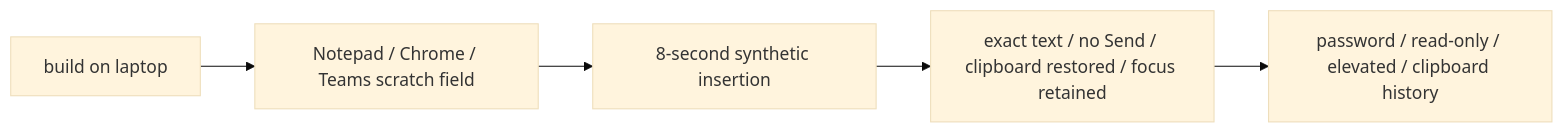
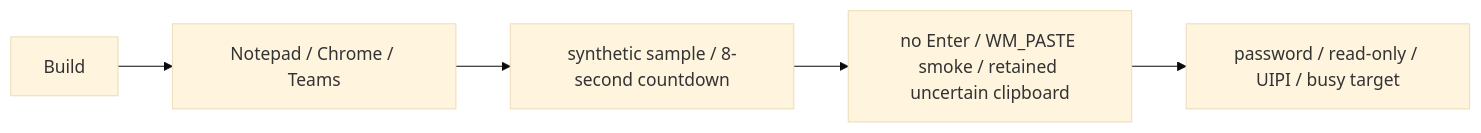
One commit to Harwasch/voiceremote changed the diagram in SW/desktop/crates/inject-windows/manual-test.md. Above: the diagram before and after it, drawn with Mermaid (base theme). The commit also changed other lines of this file and 27 other files, not shown here.

Commit message:
SW: fix Windows insertion failure reporting and paste safety

````diff
--- a/SW/desktop/crates/inject-windows/manual-test.md
+++ b/SW/desktop/crates/inject-windows/manual-test.md
@@ -1,7 +1,7 @@
 ```mermaid
 flowchart LR
-    Build[build on laptop] --> Scratch[Notepad / Chrome / Teams scratch field]
-    Scratch --> Insert[8-second synthetic insertion]
-    Insert --> Check[exact text / no Send / clipboard restored / focus retained]
-    Check --> Protect[password / read-only / elevated / clipboard history]
+    Build --> Scratch[Notepad / Chrome / Teams]
+    Scratch --> Insert[synthetic sample / 8-second countdown]
+    Insert --> Check[no Enter / WM_PASTE smoke / retained uncertain clipboard]
+    Check --> Protect[password / read-only / UIPI / busy target]
 ```
````
